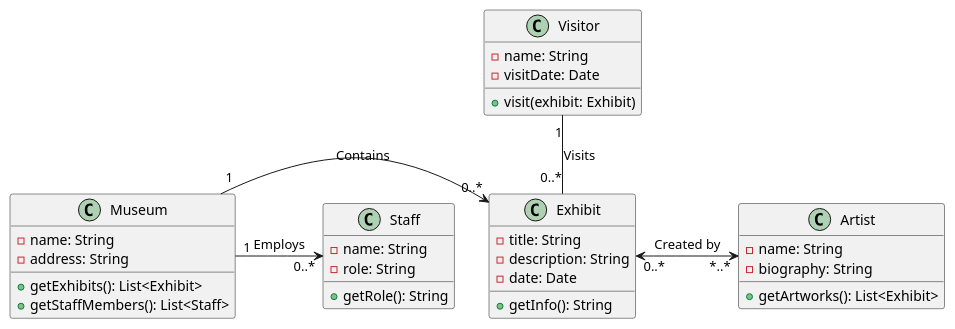
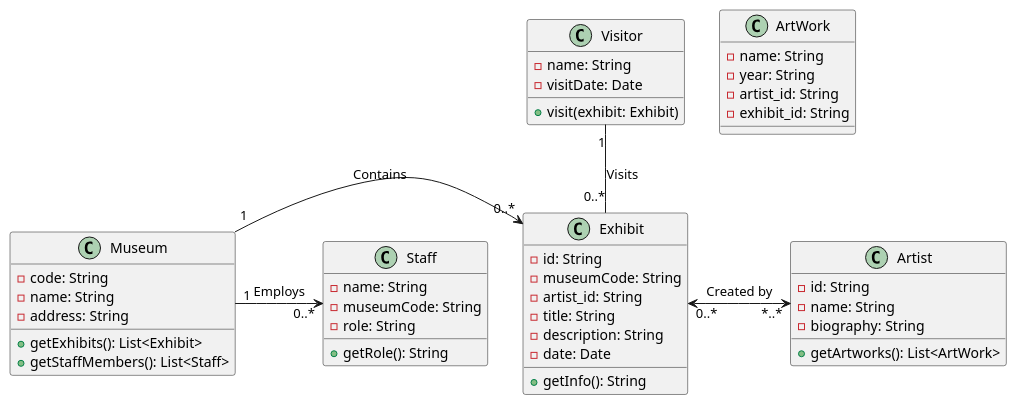
The diagram in museum.plantuml (WaleedAbu-Nafiseh/data-on-the-web), drawn with PlantUML before and after one commit. The commit also changed 4 other files, not shown here.

Commit message:
update plantuml and add dummy csv files

```diff
--- a/museum.plantuml
+++ b/museum.plantuml
@@ -1,40 +1,52 @@
 @startuml
 
 class Museum {
+    - code: String
     - name: String
     - address: String
     + getExhibits(): List<Exhibit>
     + getStaffMembers(): List<Staff>
 }
 
 class Exhibit {
+    - id: String
+    - museumCode: String
+    - artist_id: String
     - title: String
     - description: String
     - date: Date
     + getInfo(): String
 }
 
 class Staff {
     - name: String
+    - museumCode: String
     - role: String
     + getRole(): String
 }
 
 class Artist {
+    - id: String
     - name: String
     - biography: String
-    + getArtworks(): List<Exhibit>
+    + getArtworks(): List<ArtWork>
 }
 
+class ArtWork {
+    - name: String
+    - year: String
+    - artist_id: String
+    - exhibit_id: String
+}
 class Visitor {
     - name: String
     - visitDate: Date
     + visit(exhibit: Exhibit)
 }
 
 Museum "1" -> "0..*" Exhibit : Contains
 Museum "1" -> "0..*" Staff : Employs
 Exhibit "0..*" <-> "*..*" Artist : Created by
 Visitor "1" -- "0..*" Exhibit : Visits
 
 @enduml
```
